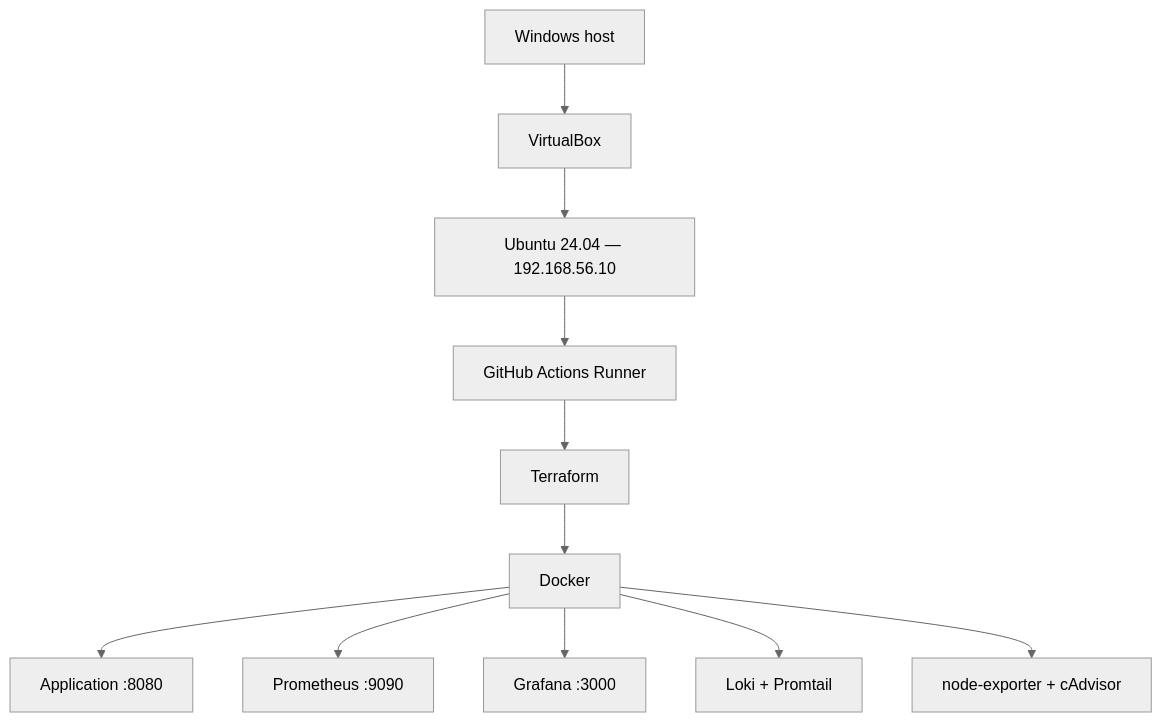
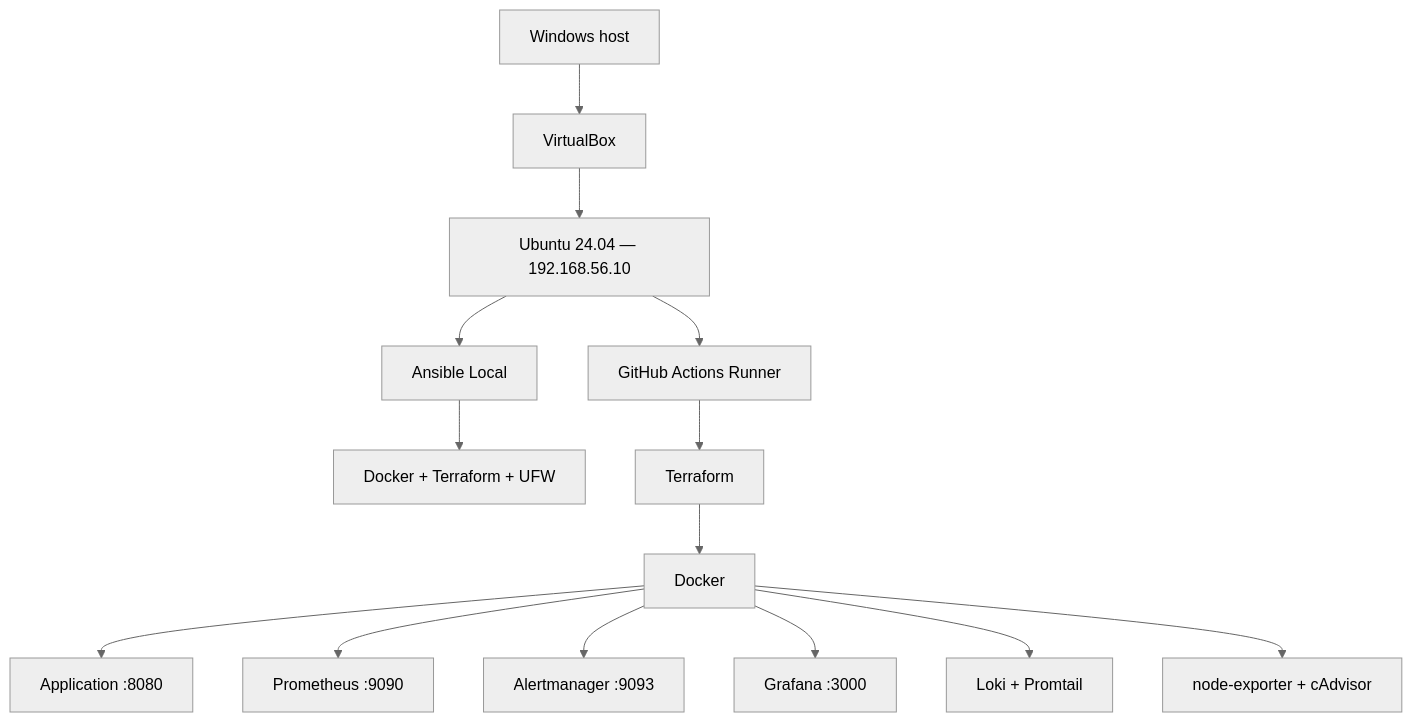
One commit to NDark99/devops-graduate-infrastructure changed the diagram in README.md. Above: the diagram before and after it, drawn with Mermaid (neutral theme). The commit also changed other lines of this file and 15 other files, not shown here.

Commit message:
feat: provision host with Ansible and add Alertmanager

````diff
--- a/README.md
+++ b/README.md
@@ -9,13 +9,16 @@
 ```mermaid
 flowchart TB
     Host["Windows host"] --> VB["VirtualBox"]
     VB --> VM["Ubuntu 24.04 — 192.168.56.10"]
+    VM --> Ansible["Ansible Local"]
+    Ansible --> OS["Docker + Terraform + UFW"]
     VM --> Runner["GitHub Actions Runner"]
     Runner --> TF["Terraform"]
     TF --> Docker["Docker"]
     Docker --> App["Application :8080"]
     Docker --> Prom["Prometheus :9090"]
+    Docker --> Alert["Alertmanager :9093"]
     Docker --> Grafana["Grafana :3000"]
     Docker --> Loki["Loki + Promtail"]
     Docker --> Exporters["node-exporter + cAdvisor"]
 ```
````
